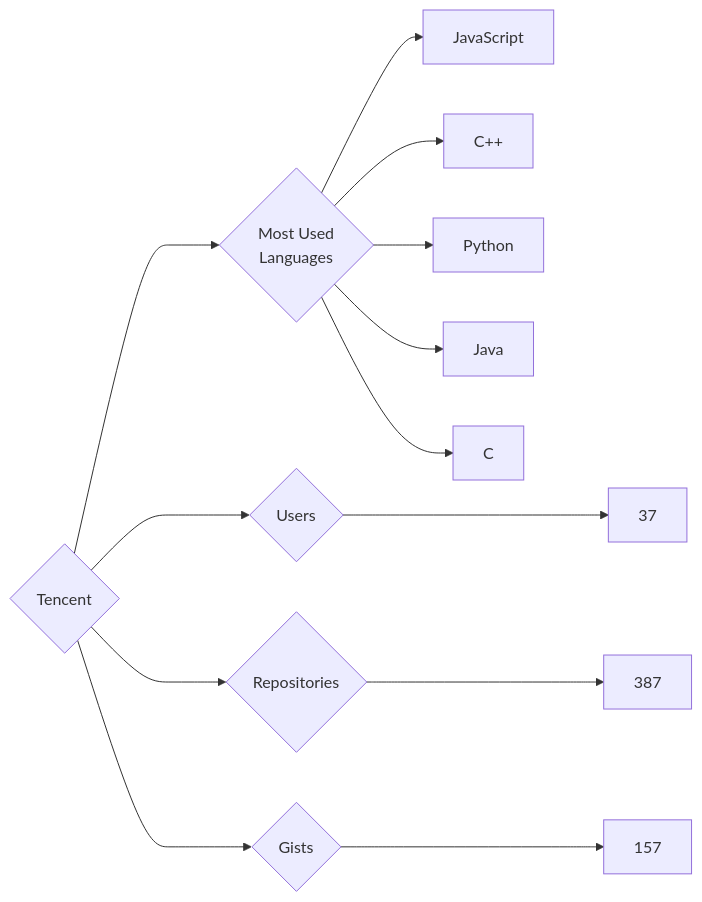
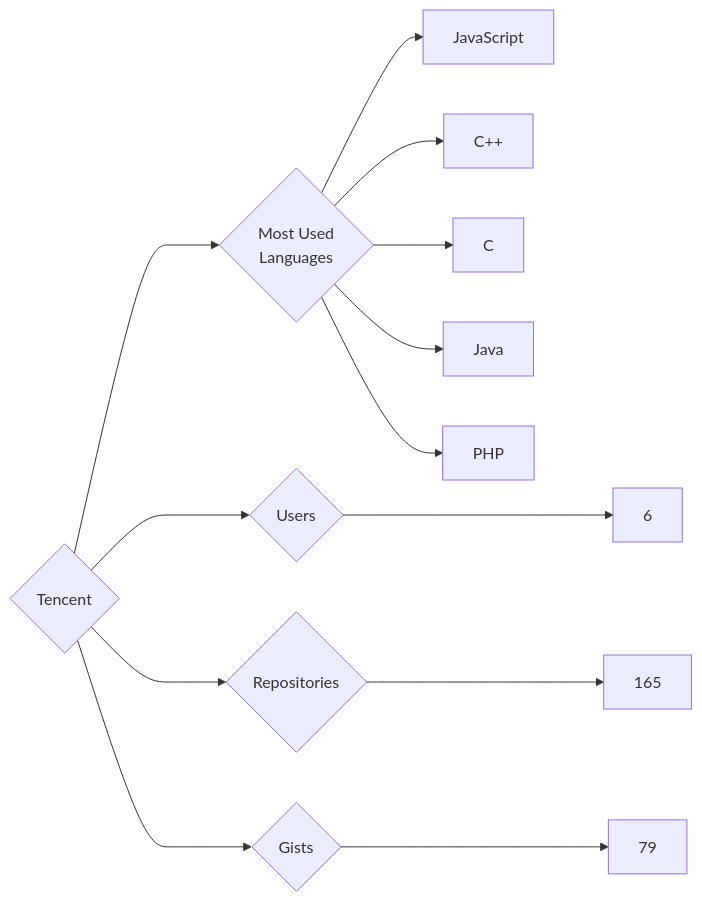
The diagram in targets/Tencent/README.md (trickest/insiders), drawn with Mermaid before and after one commit. The commit also changed 920 other files, not shown here.

````diff
--- a/targets/Tencent/README.md
+++ b/targets/Tencent/README.md
@@ -3,13 +3,13 @@
 ```mermaid
 graph LR
 COMPANY_NAME{Tencent}
-COMPANY_NAME ---> U{Users} ---> UN[37]
-COMPANY_NAME ---> R{Repositories} ---> RN[387]
-COMPANY_NAME ---> G{Gists} ---> GN[157]
+COMPANY_NAME ---> U{Users} ---> UN[6]
+COMPANY_NAME ---> R{Repositories} ---> RN[165]
+COMPANY_NAME ---> G{Gists} ---> GN[79]
 COMPANY_NAME ---> ML{Most Used<br>Languages}
 ML --> JavaScript[JavaScript]
 ML --> C++[C++]
-ML --> Python[Python]
+ML --> C[C]
 ML --> Java[Java]
-ML --> C[C]
+ML --> PHP[PHP]
 ```
````
